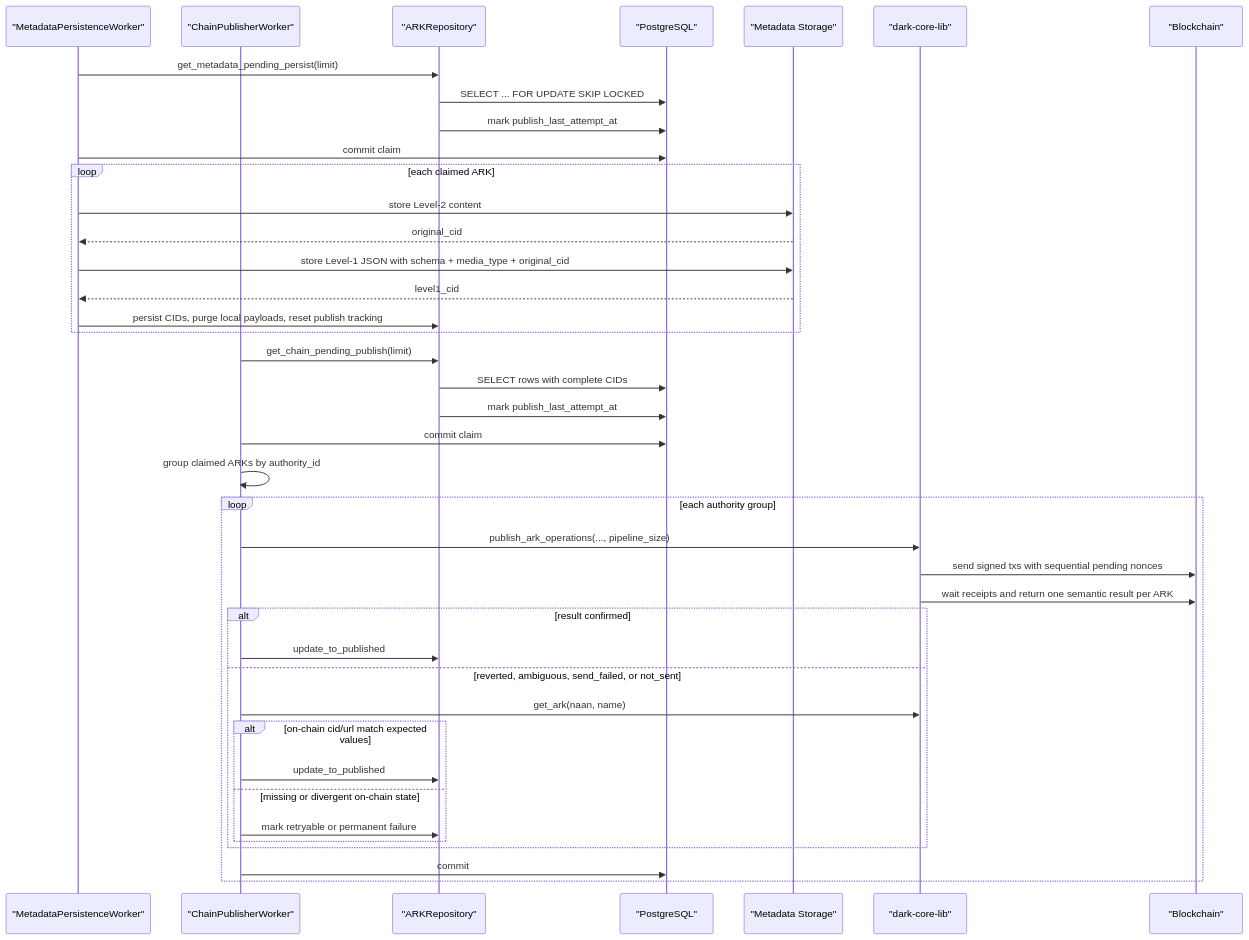
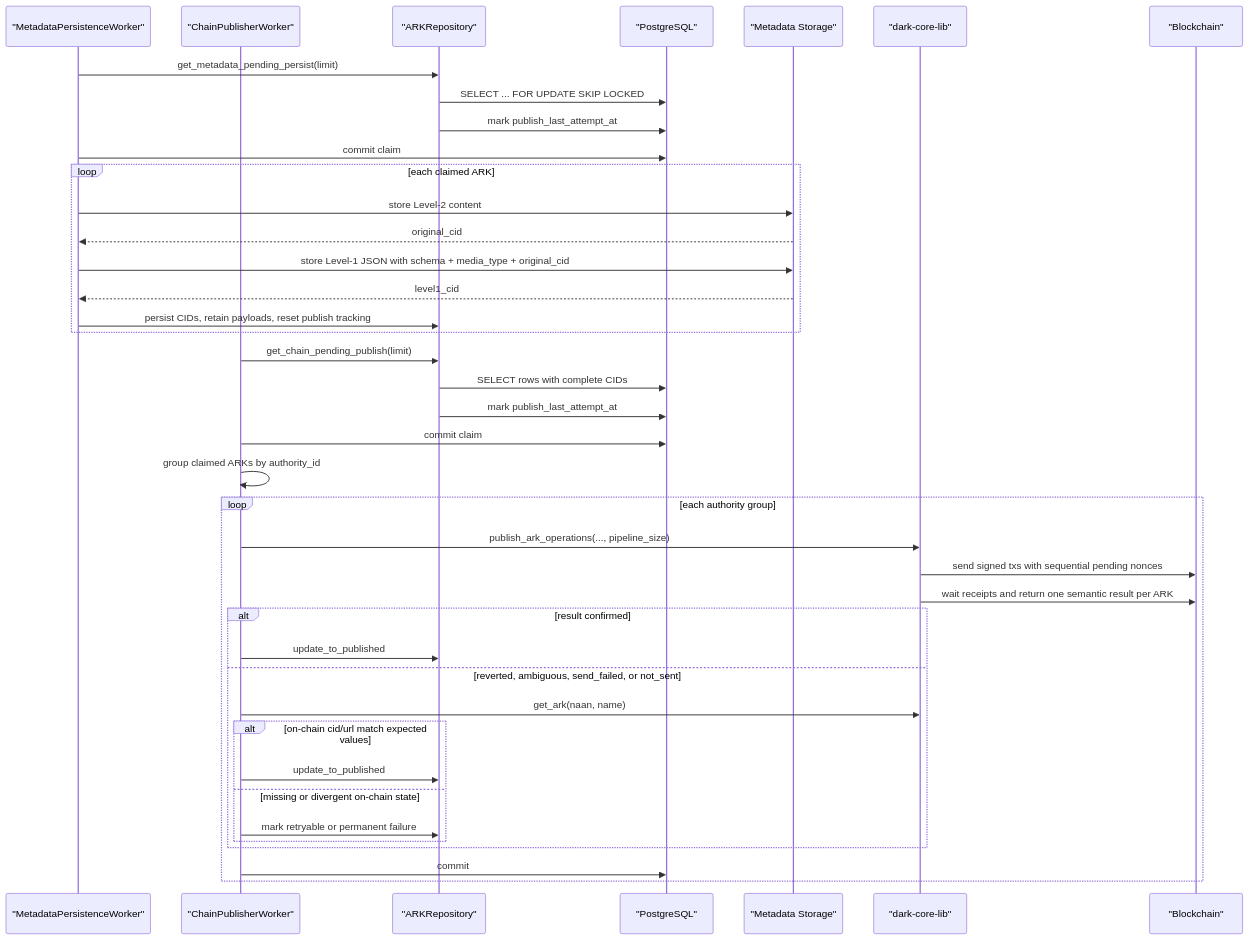
Before and after one commit to LA-Referencia-IOI/dark-core-minter-api: the sixth of 12 diagrams in README.md, drawn with Mermaid. The commit also changed other lines of this file and 16 other files, not shown here.

````diff
--- a/README.md
+++ b/README.md
@@ -218,46 +223,46 @@
 ```mermaid
 sequenceDiagram
     participant MetadataWorker as "MetadataPersistenceWorker"
     participant ChainWorker as "ChainPublisherWorker"
     participant Repo as "ARKRepository"
     participant DB as "PostgreSQL"
     participant Store as "Metadata Storage"
     participant Core as "dark-core-lib"
     participant Chain as "Blockchain"
 
     MetadataWorker->>Repo: get_metadata_pending_persist(limit)
     Repo->>DB: SELECT ... FOR UPDATE SKIP LOCKED
     Repo->>DB: mark publish_last_attempt_at
     MetadataWorker->>DB: commit claim
 
     loop each claimed ARK
         MetadataWorker->>Store: store Level-2 content
         Store-->>MetadataWorker: original_cid
         MetadataWorker->>Store: store Level-1 JSON with schema + media_type + original_cid
         Store-->>MetadataWorker: level1_cid
-        MetadataWorker->>Repo: persist CIDs, purge local payloads, reset publish tracking
+        MetadataWorker->>Repo: persist CIDs, retain payloads, reset publish tracking
     end
 
     ChainWorker->>Repo: get_chain_pending_publish(limit)
     Repo->>DB: SELECT rows with complete CIDs
     Repo->>DB: mark publish_last_attempt_at
     ChainWorker->>DB: commit claim
 
     ChainWorker->>ChainWorker: group claimed ARKs by authority_id
     loop each authority group
         ChainWorker->>Core: publish_ark_operations(..., pipeline_size)
         Core->>Chain: send signed txs with sequential pending nonces
         Core->>Chain: wait receipts and return one semantic result per ARK
         alt result confirmed
             ChainWorker->>Repo: update_to_published
         else reverted, ambiguous, send_failed, or not_sent
             ChainWorker->>Core: get_ark(naan, name)
             alt on-chain cid/url match expected values
                 ChainWorker->>Repo: update_to_published
             else missing or divergent on-chain state
                 ChainWorker->>Repo: mark retryable or permanent failure
             end
         end
         ChainWorker->>DB: commit
     end
 ```
````
